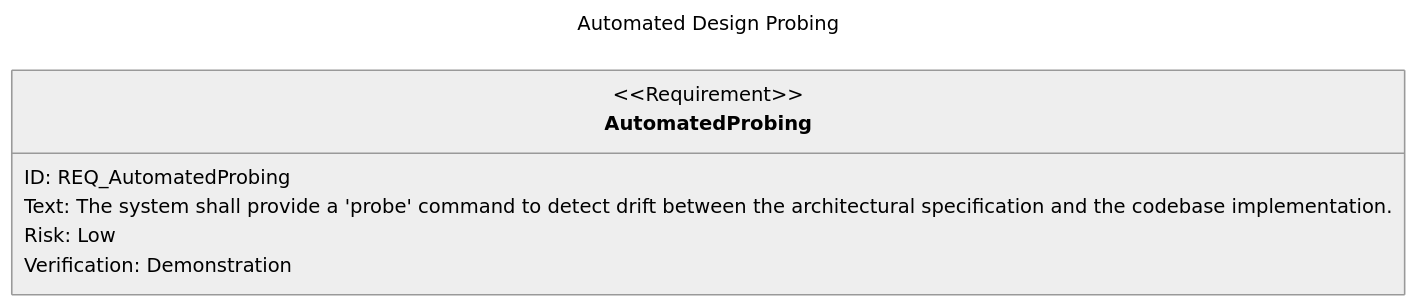
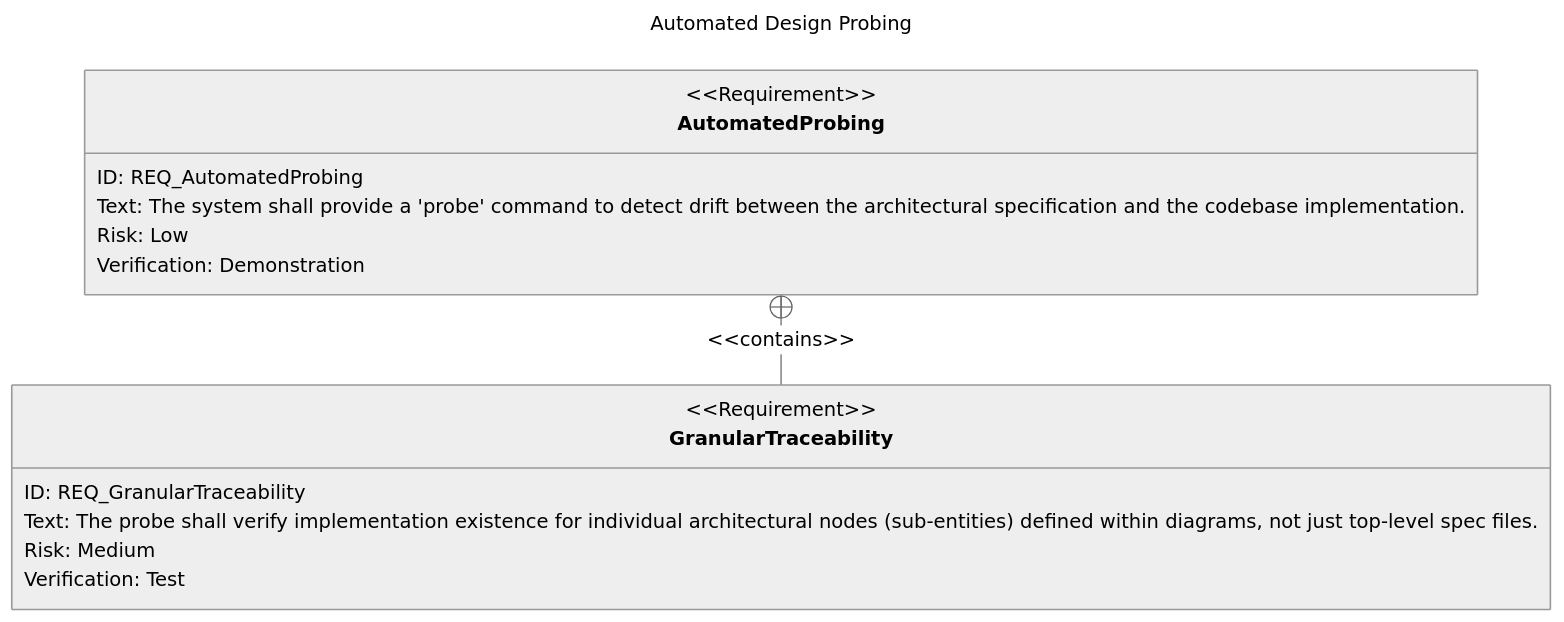
One commit to futurefoundai/foundryspec changed the diagram in docs/requirements/REQ_AutomatedProbing.mermaid. Above: the diagram before and after it, drawn with Mermaid (neutral theme).

Commit message:
docs: formalize granular traceability as a system requirement

```diff
--- a/docs/requirements/REQ_AutomatedProbing.mermaid
+++ b/docs/requirements/REQ_AutomatedProbing.mermaid
@@ -1,21 +1,36 @@
 ---
 id: "REQ_AutomatedProbing"
 title: Automated Design Probing
 description: Requirements for the drift detection system.
 classification: Functional
 entities:
   - id: "REQ_AutomatedProbing"
     uplink: 
       - "GRP_Requirements"
       - "PER_SystemAnalyst"
     downlinks:
       - "COMP_ProbeManager"
+      - "REQ_GranularTraceability"
+  - id: "REQ_GranularTraceability"
+    classification: Functional
+    uplink: "REQ_AutomatedProbing"
+    downlinks:
+      - "COMP_ProbeManager"
 ---
 
 requirementDiagram
     requirement AutomatedProbing {
         id: "REQ_AutomatedProbing"
         text: "The system shall provide a 'probe' command to detect drift between the architectural specification and the codebase implementation."
         risk: Low
         verifymethod: Demonstration
     }
+
+    requirement GranularTraceability {
+        id: "REQ_GranularTraceability"
+        text: "The probe shall verify implementation existence for individual architectural nodes (sub-entities) defined within diagrams, not just top-level spec files."
+        risk: Medium
+        verifymethod: Test
+    }
+
+    AutomatedProbing -contains-> GranularTraceability
```
